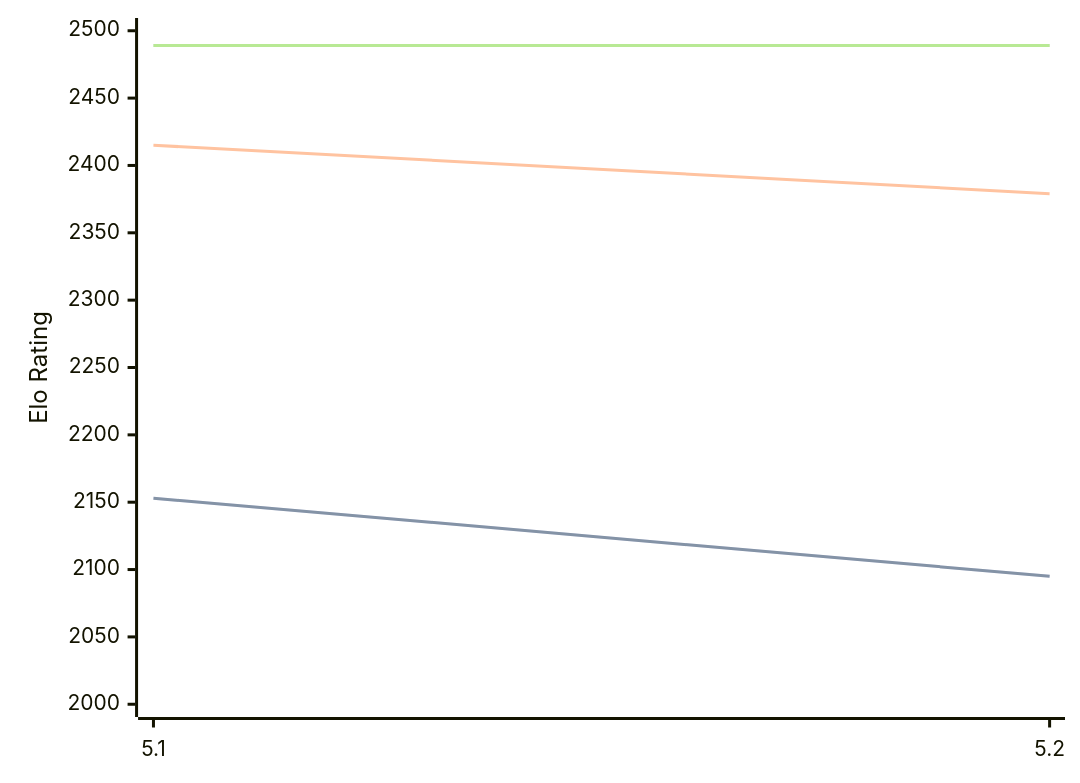
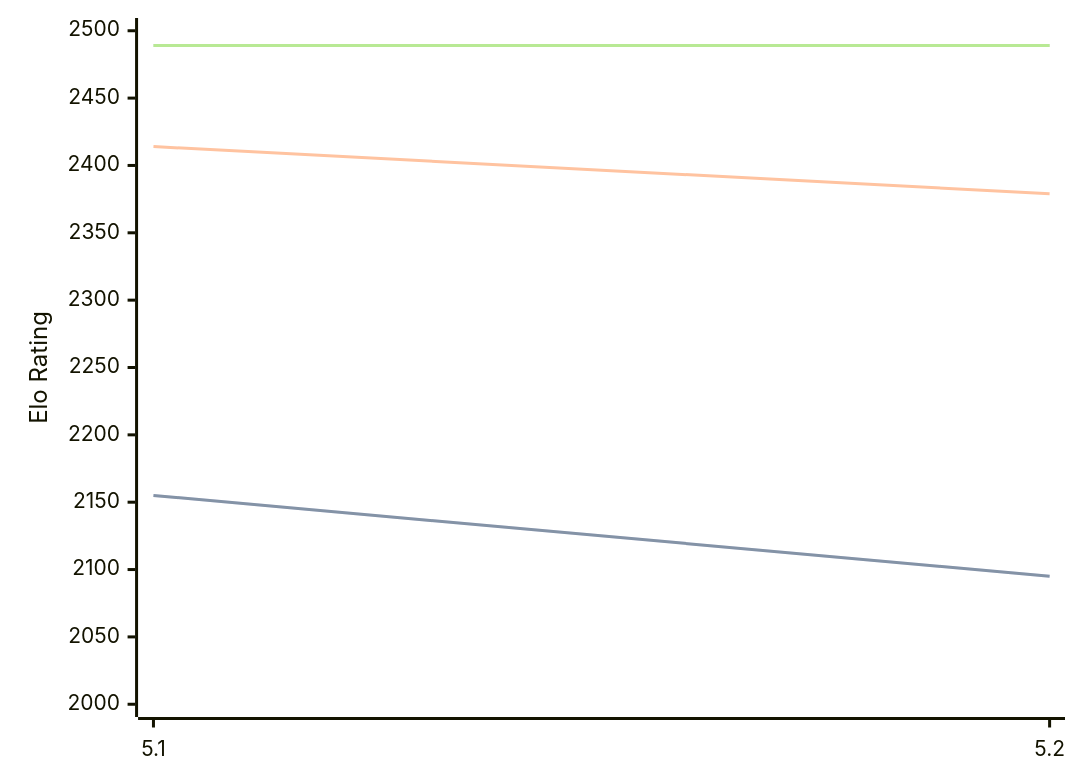
The diagram in engines/Prophet.md (computer-chess-index/cci), drawn with Mermaid before and after one commit. The commit also changed other lines of this file, not shown here.

````diff
--- a/engines/Prophet.md
+++ b/engines/Prophet.md
@@ -38,11 +38,11 @@
 ```mermaid
 %%{init: {"theme":"base","themeVariables":{"seriesColors:['#a3a3a3','#222221','#faa371']}}}%%
 xychart-beta
   x-axis ["5.1", "5.2"]
   y-axis "Elo Rating" 2000 --> 2500
-  line "STC (8.0+0.08s)" [2153, 2095]
-  line "STC (8.0+0.08s)" [2153, 2095]
-  line "LTC (60.0+0.60s)" [2415, 2379]
+  line "STC (8.0+0.08s)" [2155, 2095]
+  line "STC (8.0+0.08s)" [2155, 2095]
+  line "LTC (60.0+0.60s)" [2414, 2379]
   line "VLTC (2m24s+1.12s)" [2489, 2489]
   line "VLTC (2m24s+1.12s)" [2489, 2489]
 ```
````
